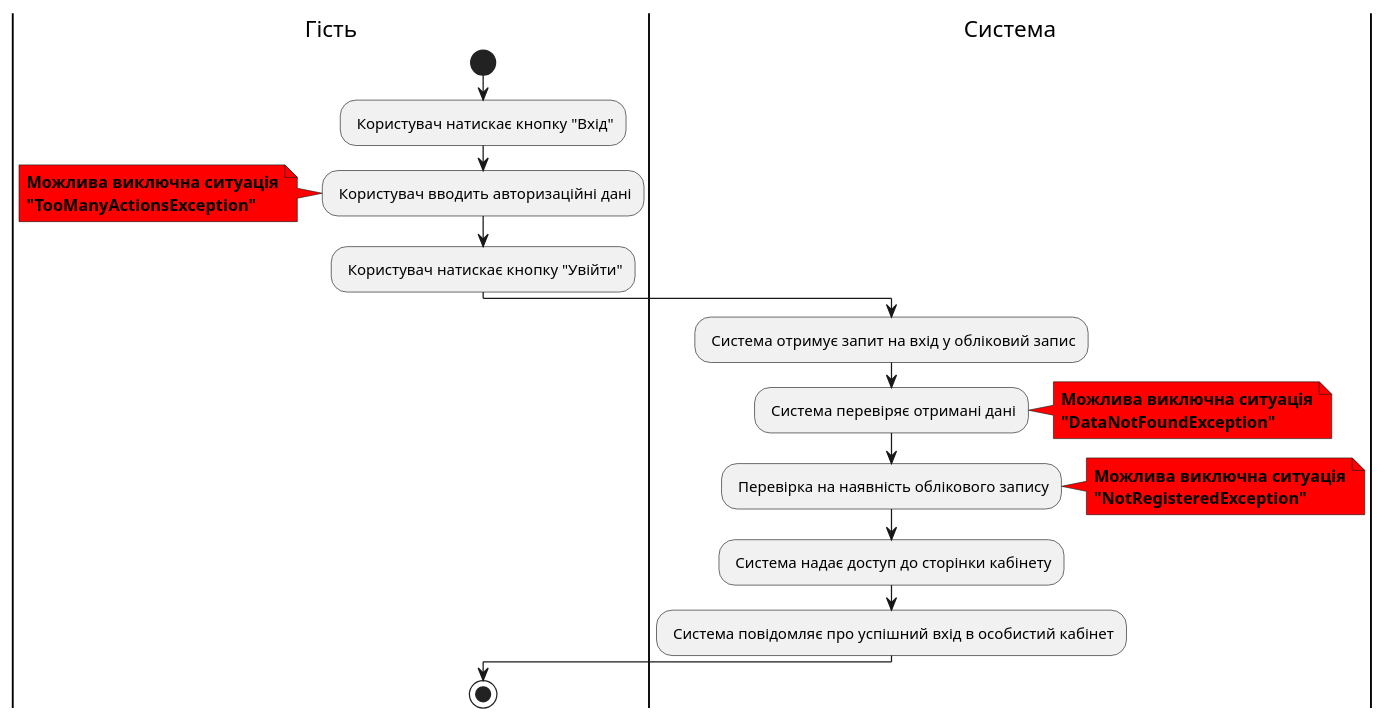
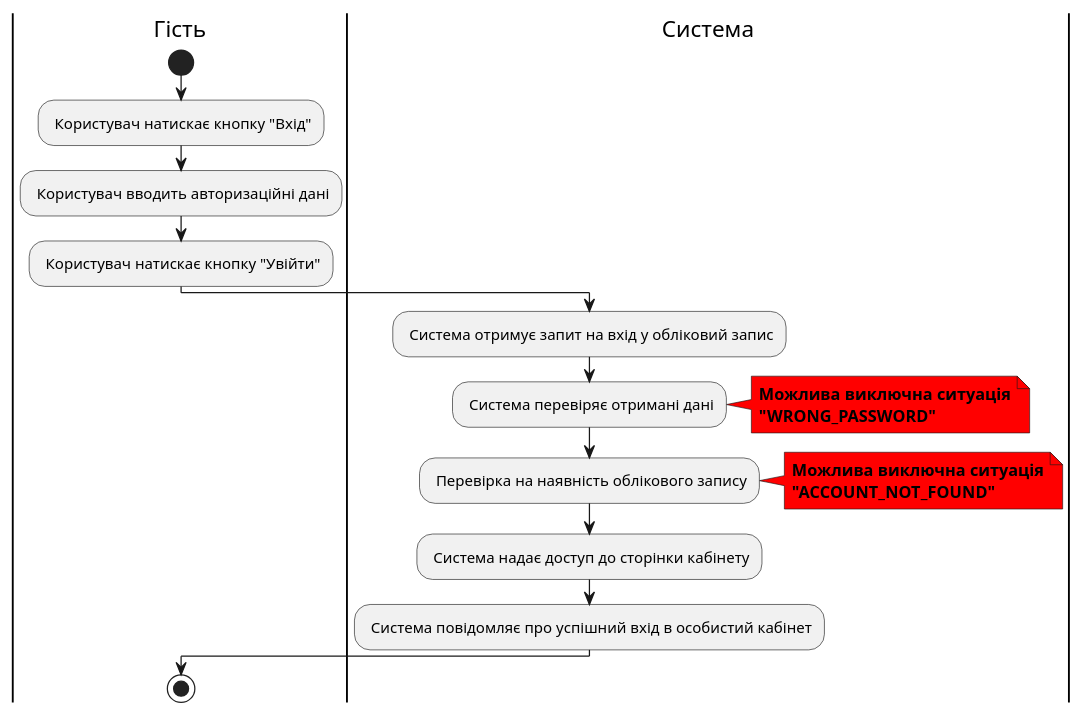
Before and after one commit to zhkcll/lab6: the sixth of 6 diagrams in docs/use_cases.md, drawn with PlantUML. The commit also changed other lines of this file, not shown here.

````diff
--- a/docs/use_cases.md
+++ b/docs/use_cases.md
@@ -207,35 +191,30 @@
 ```plantuml
 @startuml
 
 |Гість|
 start
 : Користувач натискає кнопку "Вхід";
 : Користувач вводить авторизаційні дані;
 
-note left #red
-<b>Можлива виключна ситуація</b>
-<b>"TooManyActionsException"</b>
-end note
-
 : Користувач натискає кнопку "Увійти";
 
 |Система|
 : Система отримує запит на вхід у обліковий запис;
 : Система перевіряє отримані дані;
 note right #ff0000
 <b>Можлива виключна ситуація</b>
-<b>"DataNotFoundException"</b>
+<b>"WRONG_PASSWORD"</b>
 end note
 : Перевірка на наявність облікового запису;
 note right #ff0000
 <b>Можлива виключна ситуація</b>
-<b>"NotRegisteredException"</b>
+<b>"ACCOUNT_NOT_FOUND"</b>
 end note
 : Система надає доступ до сторінки кабінету;
 : Система повідомляє про успішний вхід в особистий кабінет;
 
 |Гість|
 stop
 
 @enduml
 ```
````
